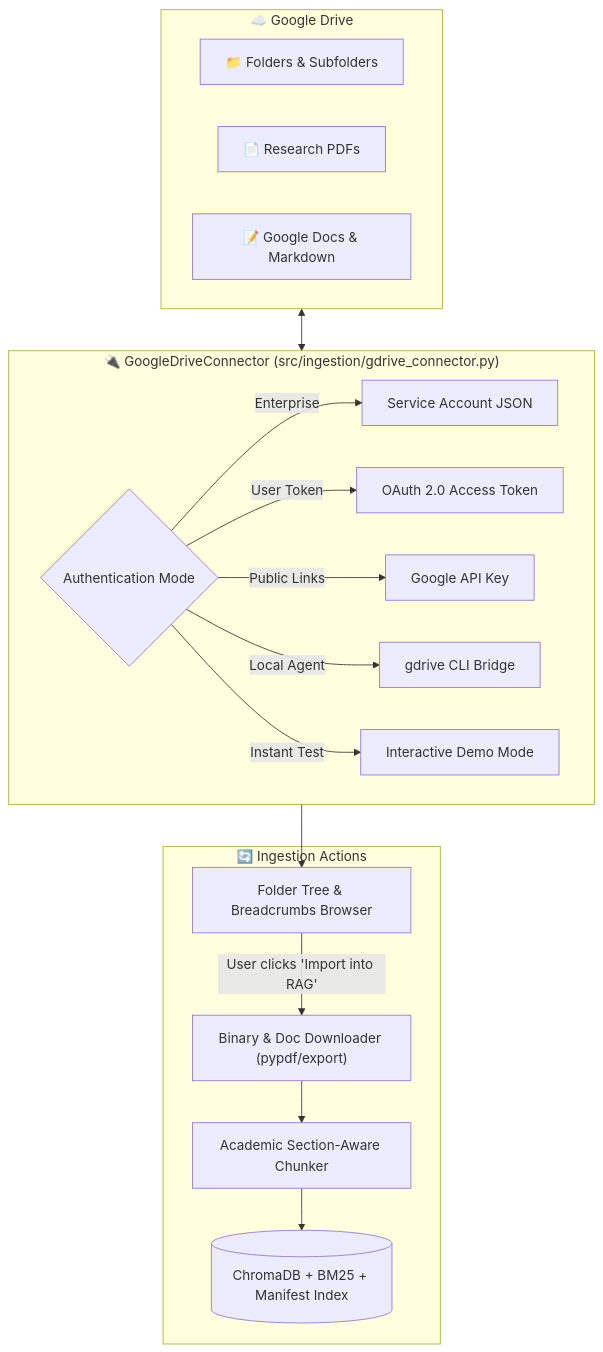
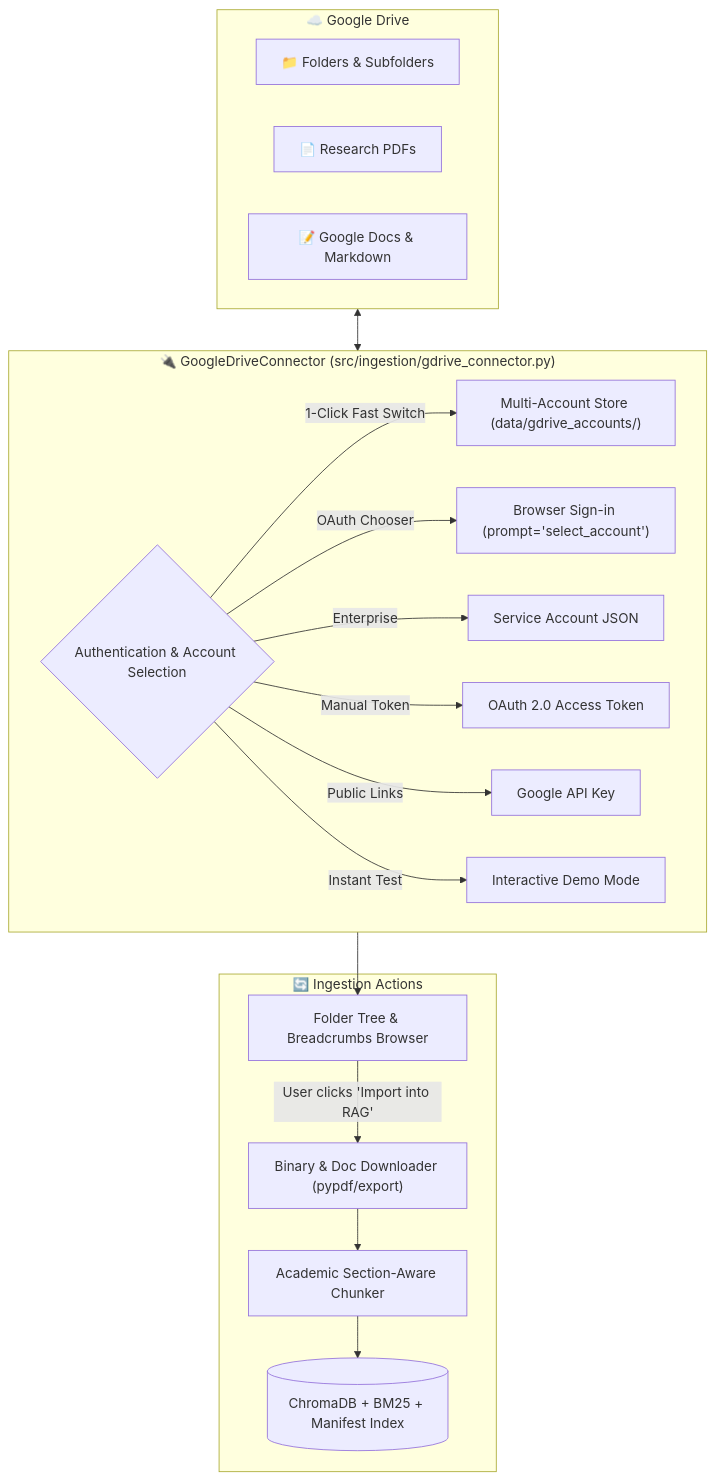
Before and after one commit to Waiz346/research-rag-system: the third of 4 diagrams in README.md, drawn with Mermaid. The commit also changed other lines of this file and 49 other files, not shown here.

````diff
--- a/README.md
+++ b/README.md
@@ -158,29 +165,30 @@
 ```mermaid
 flowchart TD
     subgraph GDRIVE["☁️ Google Drive"]
         F1["📁 Folders & Subfolders"]
         P1["📄 Research PDFs"]
         D1["📝 Google Docs & Markdown"]
     end
 
     subgraph CONNECTOR["🔌 GoogleDriveConnector (src/ingestion/gdrive_connector.py)"]
-        AUTH{"Authentication Mode"}
+        AUTH{"Authentication & Account Selection"}
+        AUTH -->|1-Click Fast Switch| SW["Multi-Account Store (data/gdrive_accounts/)"]
+        AUTH -->|OAuth Chooser| OAC["Browser Sign-in (prompt='select_account')"]
         AUTH -->|Enterprise| SA["Service Account JSON"]
-        AUTH -->|User Token| OA["OAuth 2.0 Access Token"]
+        AUTH -->|Manual Token| OA["OAuth 2.0 Access Token"]
         AUTH -->|Public Links| AK["Google API Key"]
-        AUTH -->|Local Agent| CLI["gdrive CLI Bridge"]
         AUTH -->|Instant Test| DEMO["Interactive Demo Mode"]
     end
 
     subgraph ACTIONS["🔄 Ingestion Actions"]
         BROWSE["Folder Tree & Breadcrumbs Browser"]
         DOWN["Binary & Doc Downloader (pypdf/export)"]
         CHUNK["Academic Section-Aware Chunker"]
         INDEX[("ChromaDB + BM25 + Manifest Index")]
     end
 
     GDRIVE <--> CONNECTOR
     CONNECTOR --> BROWSE
     BROWSE -->|User clicks 'Import into RAG'| DOWN
     DOWN --> CHUNK --> INDEX
 ```
````
